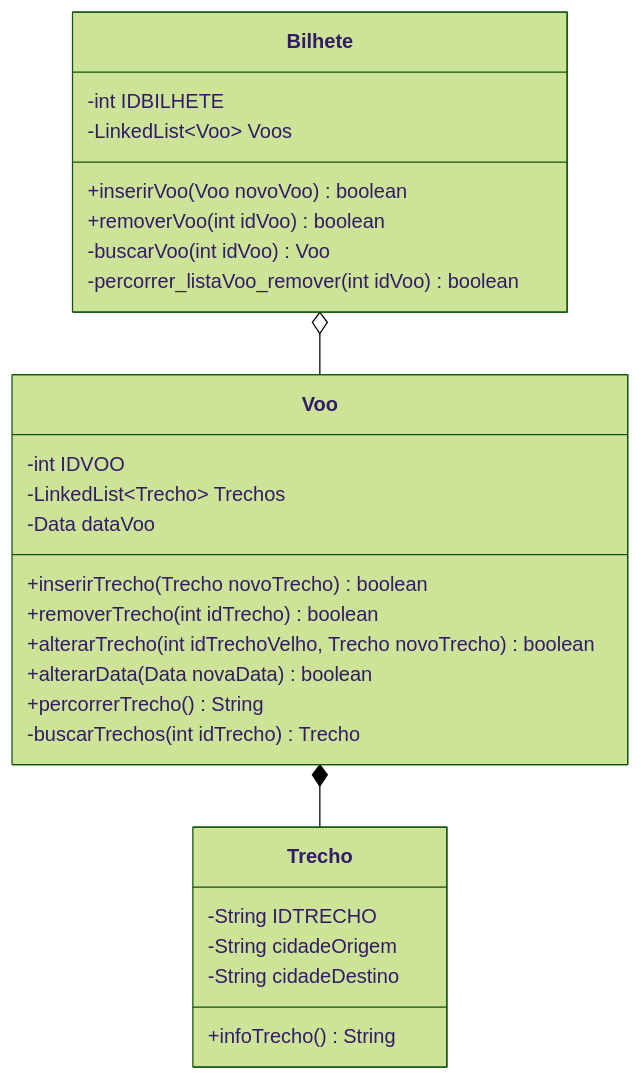
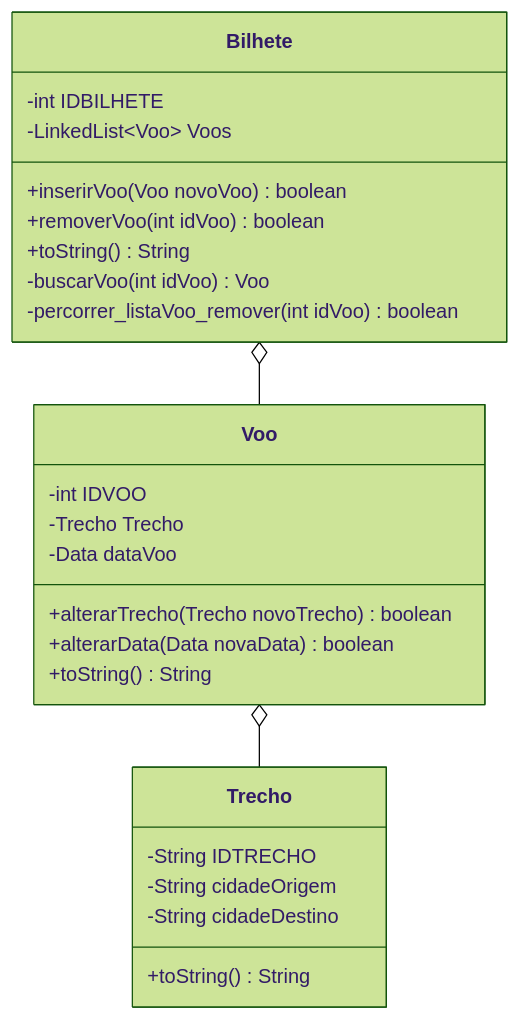
One commit to DisciplinasProgramacao/tp_em_grupo-grupododiogo changed the diagram in README.md. Above: the diagram before and after it, drawn with Mermaid (forest theme).

Commit message:
Correcoes diagrama de classe
Relacionamento e propriedades e metodos da classe Bilhete

````diff
--- a/README.md
+++ b/README.md
@@ -78,34 +78,32 @@
 ```mermaid
 classDiagram
 class Bilhete {
  -int IDBILHETE
  -LinkedList~Voo~ Voos
  +inserirVoo(Voo novoVoo) boolean
  +removerVoo(int idVoo) boolean
+ +toString() String
  -buscarVoo(int idVoo) Voo
  -percorrer_listaVoo_remover(int idVoo) boolean
 }
 
 class Voo {
  -int IDVOO
- -LinkedList~Trecho~ Trechos
+ -Trecho Trecho
  -Data dataVoo
- +inserirTrecho(Trecho novoTrecho) boolean
- +removerTrecho(int idTrecho) boolean
- +alterarTrecho(int idTrechoVelho, Trecho novoTrecho) boolean
+ +alterarTrecho(Trecho novoTrecho) boolean
  +alterarData(Data novaData) boolean
- +percorrerTrecho() String
- -buscarTrechos(int idTrecho) Trecho
+ +toString() String
 }
 
 class Trecho {
  -String IDTRECHO
  -String cidadeOrigem
  -String cidadeDestino
- +infoTrecho() String
+ +toString() String
 }
 
 Bilhete o-- Voo
-Voo *-- Trecho
+Voo o-- Trecho
 end
 ```
````
